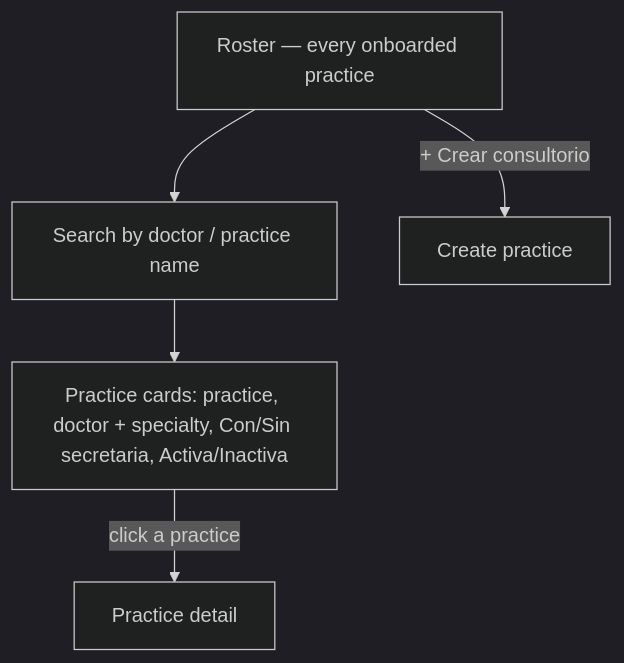
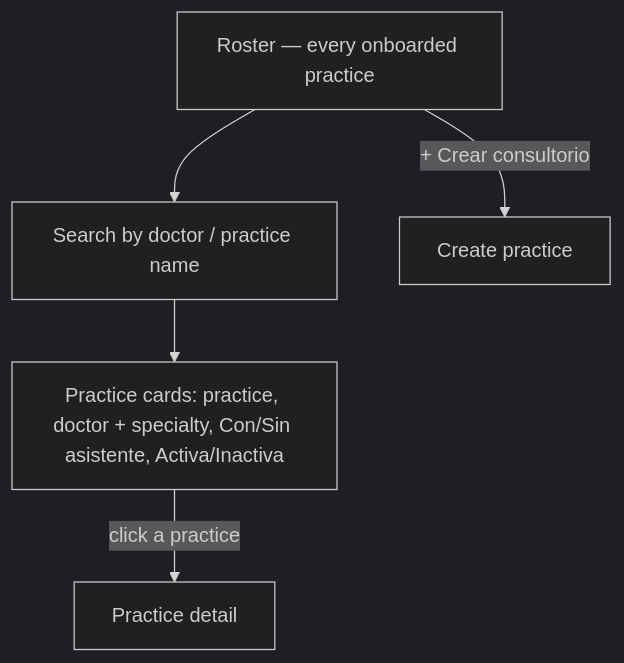
Before and after one commit to DaleneyRuben/alivia: the first of 5 diagrams in docs/flows/admin.md, drawn with Mermaid (dark theme). The commit also changed other lines of this file and 10 other files, not shown here.

````diff
--- a/docs/flows/admin.md
+++ b/docs/flows/admin.md
@@ -11,7 +11,7 @@
 ```mermaid
 flowchart TD
     R["Roster — every onboarded practice"] --> Search["Search by doctor / practice name"]
-    Search --> Cards["Practice cards: practice, doctor + specialty, Con/Sin secretaria, Activa/Inactiva"]
+    Search --> Cards["Practice cards: practice, doctor + specialty, Con/Sin asistente, Activa/Inactiva"]
     Cards -->|"click a practice"| Detail["Practice detail"]
     R -->|"+ Crear consultorio"| Create["Create practice"]
 ```
````
